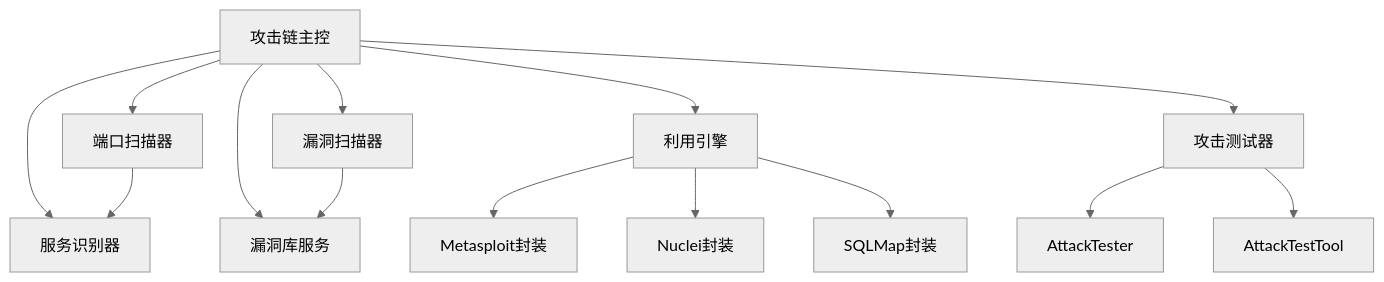
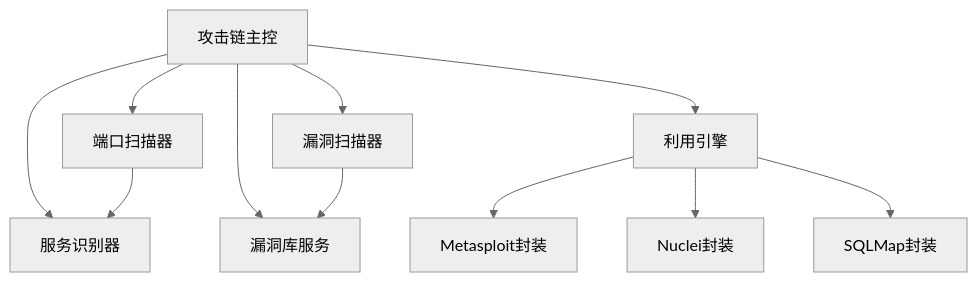
Before and after one commit to iammm0/secbot: the ninth of 9 diagrams in .qoder/repowiki/zh/content/项目概述/核心功能特性/自动化渗透测试能力/自动化渗透测试能力.md, drawn with Mermaid (neutral theme). The commit also changed other lines of this file and 47 other files, not shown here.

````diff
--- a/.qoder/repowiki/zh/content/项目概述/核心功能特性/自动化渗透测试能力/自动化渗透测试能力.md
+++ b/.qoder/repowiki/zh/content/项目概述/核心功能特性/自动化渗透测试能力/自动化渗透测试能力.md
@@ -434,16 +331,13 @@
 ```mermaid
 graph TB
 AC["攻击链主控"] --> PS["端口扫描器"]
 AC --> SD["服务识别器"]
 AC --> VS["漏洞扫描器"]
 AC --> VDB["漏洞库服务"]
 AC --> EXP["利用引擎"]
-AC --> ATT["攻击测试器"]
 EXP --> MSF["Metasploit封装"]
 EXP --> NUC["Nuclei封装"]
 EXP --> SQL["SQLMap封装"]
-ATT --> AT["AttackTester"]
-ATT --> ATTool["AttackTestTool"]
 PS --> SD
 VS --> VDB
 ```
````
